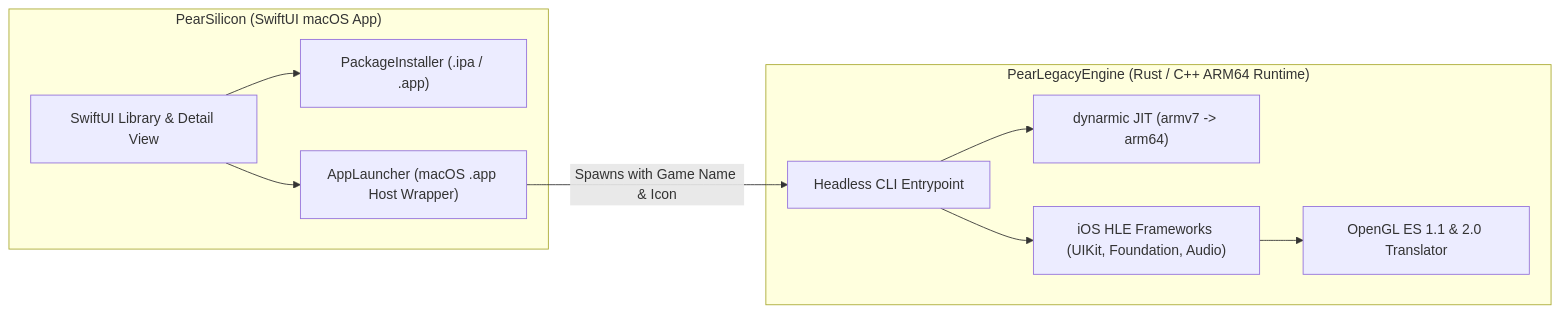
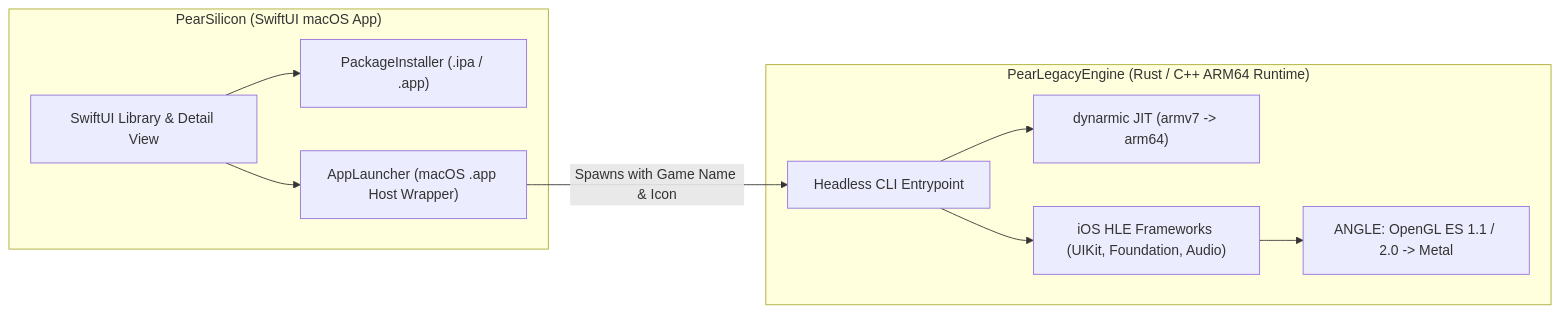
One commit to touchHLE/touchHLE changed the diagram in README.md. Above: the diagram before and after it, drawn with Mermaid. The commit also changed other lines of this file and 19 other files, not shown here.

````diff
--- a/README.md
+++ b/README.md
@@ -52,22 +53,22 @@
 ```mermaid
 flowchart LR
     subgraph PearSilicon ["PearSilicon (SwiftUI macOS App)"]
         UI["SwiftUI Library & Detail View"]
         Installer["PackageInstaller (.ipa / .app)"]
         Launcher["AppLauncher (macOS .app Host Wrapper)"]
     end
 
     subgraph PearLegacyEngine ["PearLegacyEngine (Rust / C++ ARM64 Runtime)"]
         CLI["Headless CLI Entrypoint"]
         JIT["dynarmic JIT (armv7 -> arm64)"]
         HLE["iOS HLE Frameworks (UIKit, Foundation, Audio)"]
-        GLES["OpenGL ES 1.1 & 2.0 Translator"]
+        GLES["ANGLE: OpenGL ES 1.1 / 2.0 -> Metal"]
     end
 
     UI --> Installer
     UI --> Launcher
     Launcher -->|Spawns with Game Name & Icon| CLI
     CLI --> JIT
     CLI --> HLE
     HLE --> GLES
 ```
````
